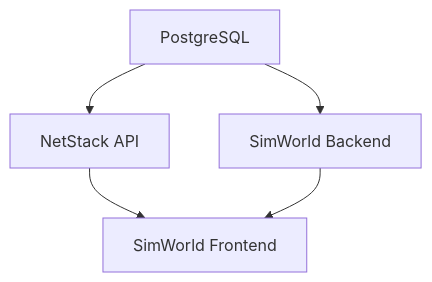
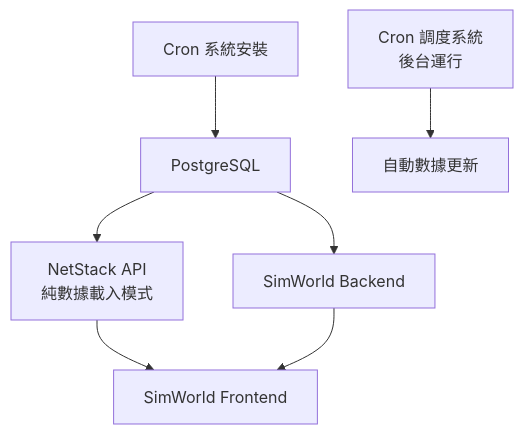
Before and after one commit to cedarwud/ntn-stack: the second of 2 diagrams in docs/system_architecture.md, drawn with Mermaid. The commit also changed other lines of this file and 243 other files, not shown here.

````diff
--- a/docs/system_architecture.md
+++ b/docs/system_architecture.md
@@ -178,7 +244,9 @@
 ```mermaid
 graph TD
-    A[PostgreSQL] --> B[NetStack API]
-    A --> C[SimWorld Backend]  
-    B --> D[SimWorld Frontend]
-    C --> D
+    A[Cron 系統安裝] --> B[PostgreSQL]
+    B --> C[NetStack API<br/>純數據載入模式]
+    B --> D[SimWorld Backend]  
+    C --> E[SimWorld Frontend]
+    D --> E
+    F[Cron 調度系統<br/>後台運行] --> G[自動數據更新]
 ```
````
